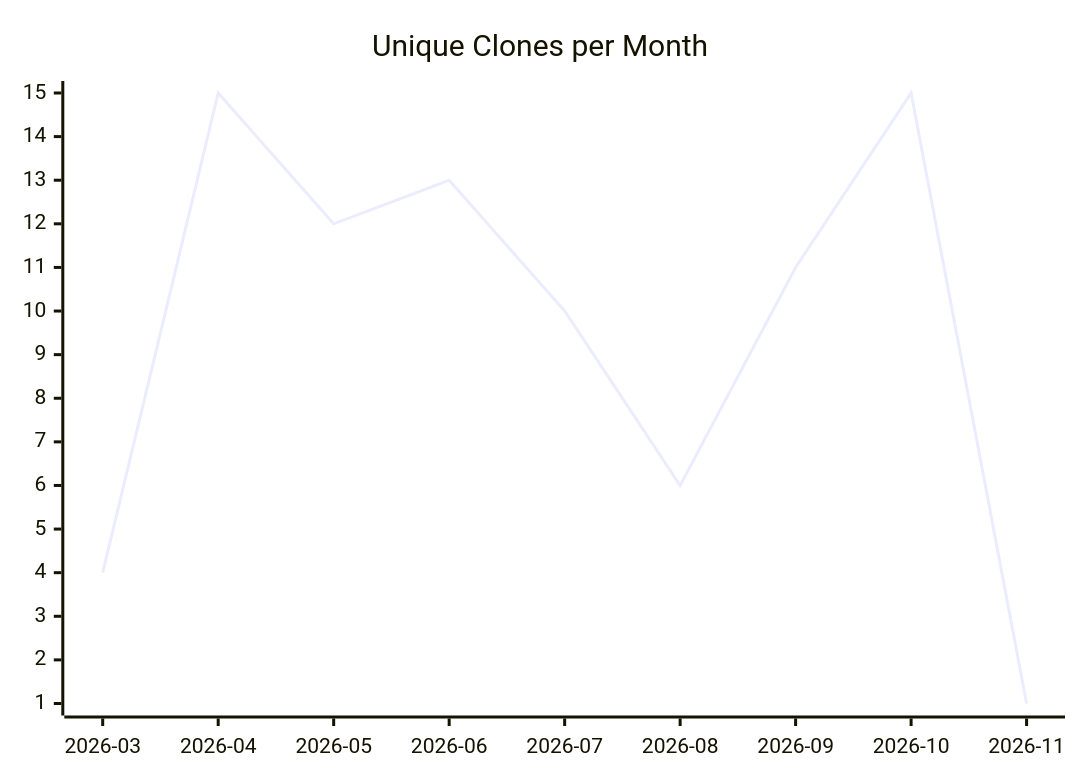
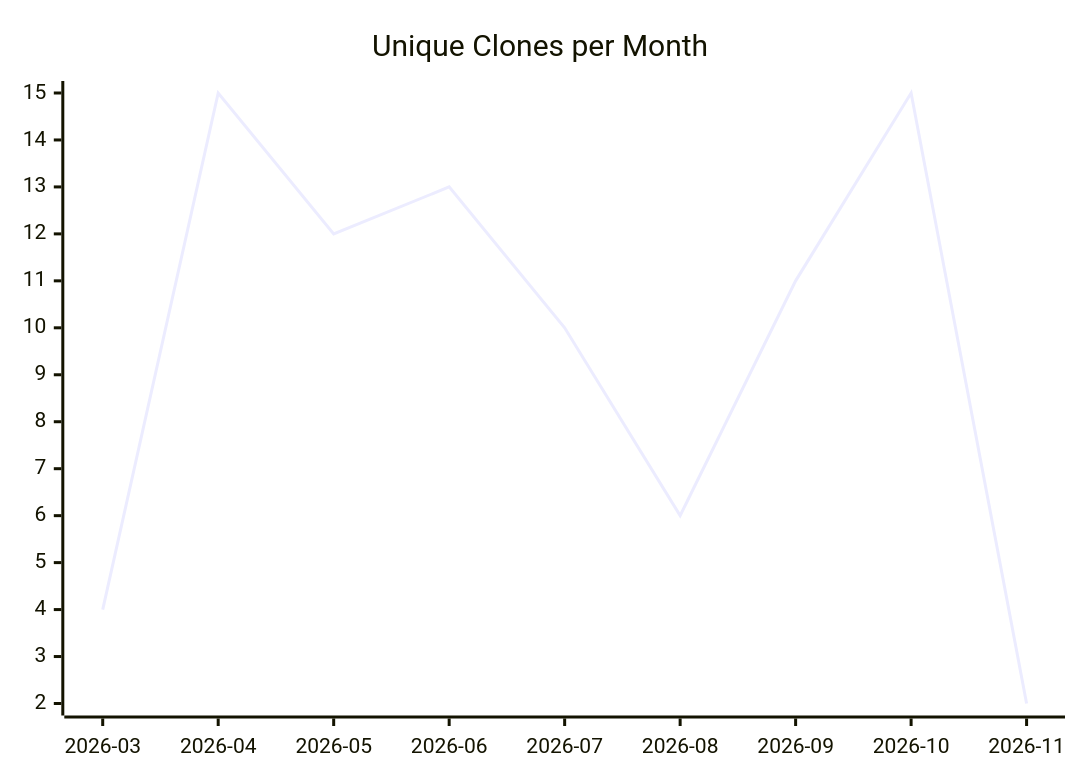
One commit to justdavis-family/github-analytics-data changed the third of 3 diagrams in karlmdavis/ansible-role-bind-dns/README.md. Above: the diagram before and after it, drawn with Mermaid. The commit also changed other lines of this file and 190 other files, not shown here.

````diff
--- a/karlmdavis/ansible-role-bind-dns/README.md
+++ b/karlmdavis/ansible-role-bind-dns/README.md
@@ -19,6 +19,6 @@
 ```mermaid
 xychart-beta
   title "Unique Clones per Month"
   x-axis ["2026-03", "2026-04", "2026-05", "2026-06", "2026-07", "2026-08", "2026-09", "2026-10", "2026-11"]
-  line [4, 15, 12, 13, 10, 6, 11, 15, 1]
+  line [4, 15, 12, 13, 10, 6, 11, 15, 2]
 ```
````
